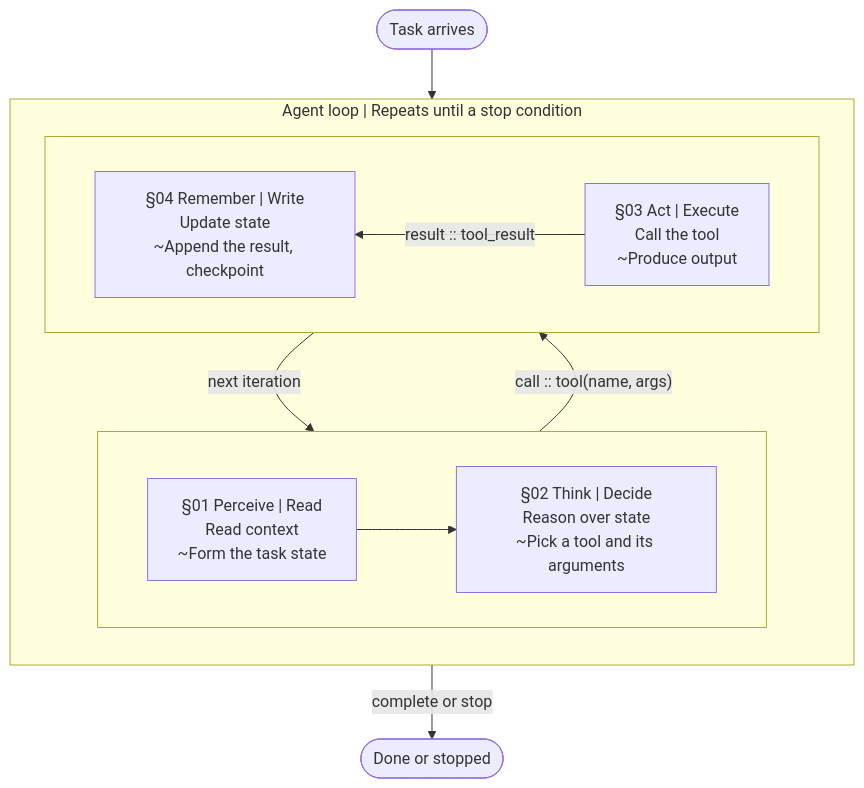
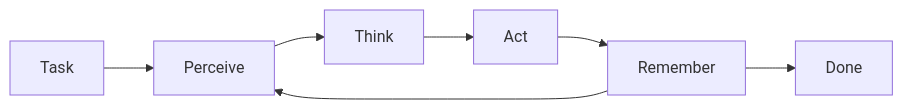
One commit to ninadpathak/ninadpathak changed the diagram in content/diagrams/agent-loop-anatomy/agent-loop.mmd. Above: the diagram before and after it, drawn with Mermaid. The commit also changed 64 other files, not shown here.

First line of the commit message:
Make article images visual: glyph library, word budget, and v3 samples

```diff
--- a/content/diagrams/agent-loop-anatomy/agent-loop.mmd
+++ b/content/diagrams/agent-loop-anatomy/agent-loop.mmd
@@ -1,40 +1,25 @@
 %% @fig 01
 %% @kicker The four-phase agent loop
-%% @alt The agent loop runs perceive, think, act, and remember in sequence and returns to perceive until the task is complete or a stop condition ends the run. Think passes a tool call to act, and act passes the tool result to remember. Infinite loops start in act; context exhaustion and lost tool results start in remember.
-%% @caption Each phase has its own failure modes, so debug the loop one phase at a time. Payloads are illustrative.
-%% @path perceive>think>act>remember>perceive
-%% @timeline perceive>think>act>remember | loop | Next iteration until a stop condition
-%% @detail act | Act · failure mode | Symptom: same tool, new args, again; Cause: task still looks incomplete; Fix: explicit, tested iteration budget
-%% @detail remember | Remember · failure modes | Exhaustion: untrimmed tool outputs; Lost result: never appended; Fix: log every tool call + result
-%% @legend accent=Phase; outcome=Entry and exit; hot=One iteration
-flowchart TB
-  task(["Task arrives"]):::outcome
-  subgraph loop ["Agent loop | Repeats until a stop condition"]
-    direction TB
-    subgraph upper [ ]
-      direction LR
-      perceive["§01 Perceive | Read
-Read context
-~Form the task state"]:::accent
-      think["§02 Think | Decide
-Reason over state
-~Pick a tool and its arguments"]:::accent
-    end
-    subgraph lower [ ]
-      direction RL
-      act["§03 Act | Execute
-Call the tool
-~Produce output"]:::accent
-      remember["§04 Remember | Write
-Update state
-~Append the result, checkpoint"]:::accent
-    end
-  end
-  done(["Done or stopped"]):::outcome
+%% @alt The agent loop drawn as a circular track: perceive, think, act, and remember in sequence, returning to perceive until the task is complete or a stop condition ends the run. A task enters at perceive, the run exits from remember, and the context window at the centre fills as the loop repeats.
+%% @caption Each phase has its own failure modes: infinite loops start in act, context exhaustion and lost tool results start in remember.
+%% @ring perceive>think>act>remember | 128
+%% @center tokens rows=3,5,7 scale=1.6
+%% @glyph task | inbox
+%% @glyph perceive | eye
+%% @glyph think | core
+%% @glyph act | tools
+%% @glyph remember | cells fill=0.7 flag
+%% @glyph done | stop
+flowchart LR
+  task["Task"]
+  perceive["Perceive"]:::accent
+  think["Think"]:::accent
+  act["Act"]:::accent
+  remember["Remember"]:::accent
+  done["Done"]
   task --> perceive
   perceive --> think
-  think -->|"call :: tool(name, args)"| act
-  act -->|result :: tool_result| remember
-  remember -->|next iteration| perceive
-  remember -->|complete or stop| done
-  class upper,lower ghost
+  think --> act
+  act --> remember
+  remember --> perceive
+  remember --> done
```
